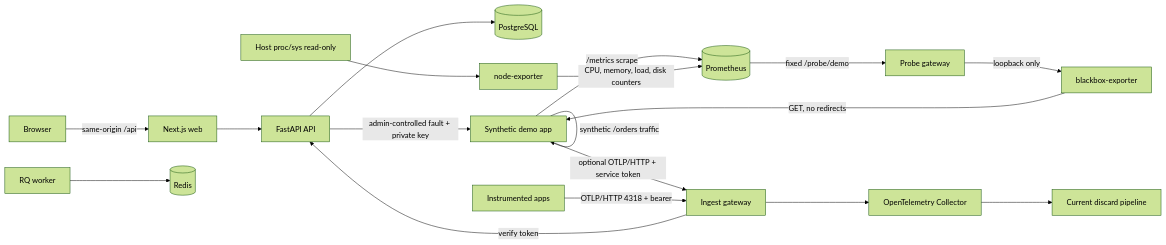
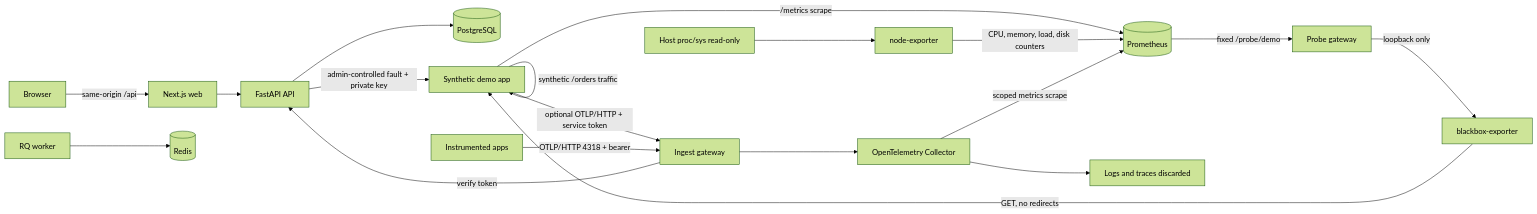
Before and after one commit to uditaswal/OpsDetective: the diagram in docs/architecture.md, drawn with Mermaid (forest theme). The commit also changed other lines of this file and 7 other files, not shown here.

Commit message:
Persist authenticated OTLP metrics with scoped identity

````diff
--- a/docs/architecture.md
+++ b/docs/architecture.md
@@ -5,20 +5,21 @@
 ```mermaid
 flowchart LR
   Browser -->|same-origin /api| Web[Next.js web]
   Web --> API[FastAPI API]
   API --> PG[(PostgreSQL)]
   Worker[RQ worker] --> Redis[(Redis)]
   Demo[Synthetic demo app] -->|/metrics scrape| Prom[(Prometheus)]
   Host[Host proc/sys read-only] --> Node[node-exporter]
   Node -->|CPU, memory, load, disk counters| Prom
   Prom -->|fixed /probe/demo| Probe[Probe gateway]
   Probe -->|loopback only| Blackbox[blackbox-exporter]
   Blackbox -->|GET, no redirects| Demo
   Demo -->|synthetic /orders traffic| Demo
   API -->|admin-controlled fault + private key| Demo
   Demo -->|optional OTLP/HTTP + service token| Gateway
   Instrumented[Instrumented apps] -->|OTLP/HTTP 4318 + bearer| Gateway[Ingest gateway]
   Gateway -->|verify token| API
   Gateway --> Collector[OpenTelemetry Collector]
-  Collector --> Nop[Current discard pipeline]
+  Collector -->|scoped metrics scrape| Prom
+  Collector --> Nop[Logs and traces discarded]
 ```
````
